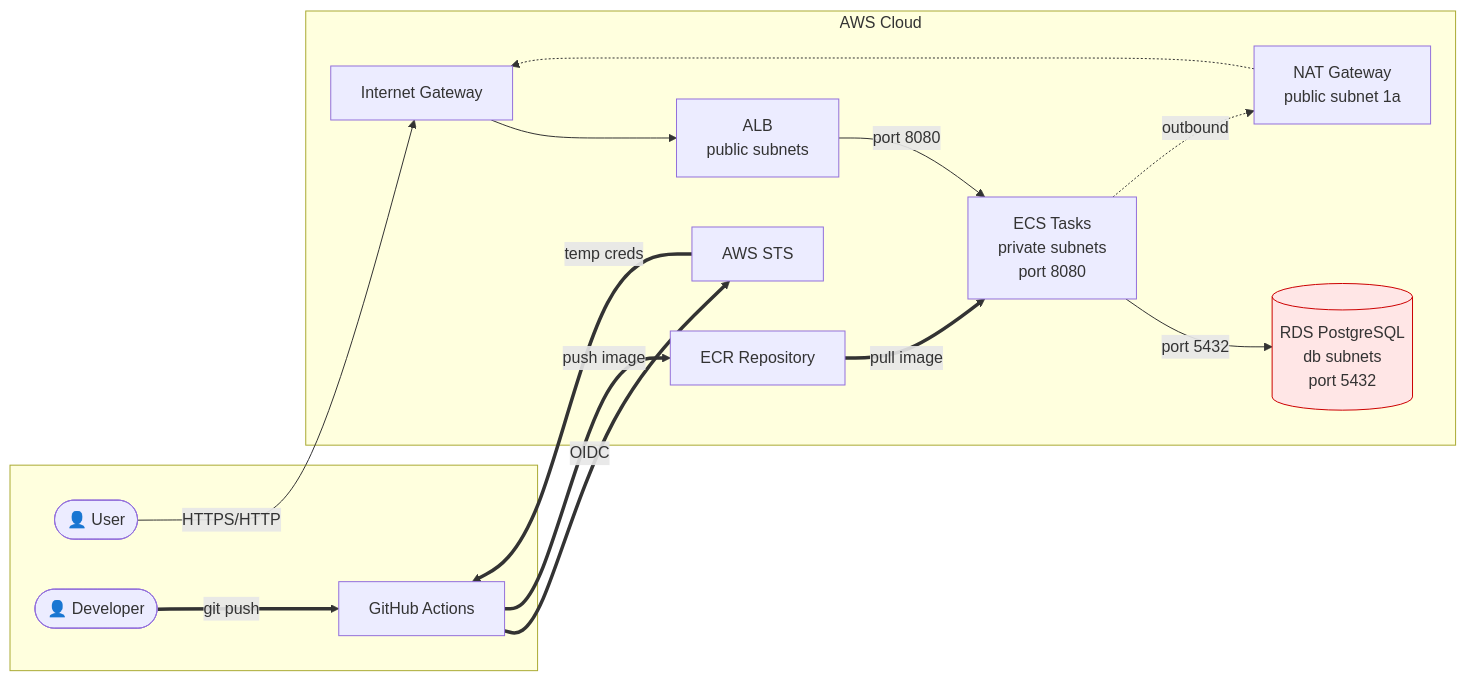
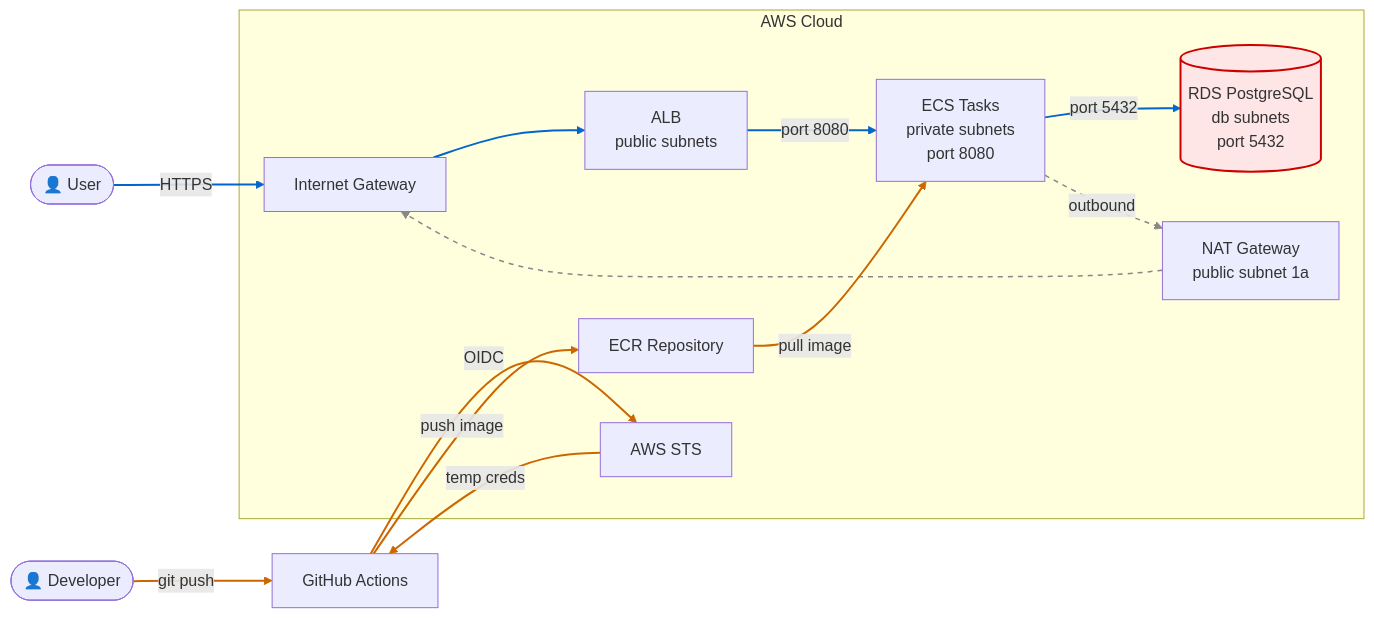
Before and after one commit to Mallaimy/aws-cloudnative-webapp: the diagram in README.md, drawn with Mermaid. The commit also changed other lines of this file, not shown here.

Commit message:
add Mermaid's flowchart LR

````diff
--- a/README.md
+++ b/README.md
@@ -11,41 +12,41 @@
 ```mermaid
 flowchart LR
-    subgraph Internet[" "]
-        User([👤 User])
-        Dev([👤 Developer])
-        GHA[GitHub Actions]
-    end
+    User([👤 User])
+    Dev([👤 Developer])
+    GHA[GitHub Actions]
 
     subgraph AWS["AWS Cloud"]
         IGW[Internet Gateway]
         ALB[ALB<br/>public subnets]
         ECS[ECS Tasks<br/>private subnets<br/>port 8080]
         RDS[(RDS PostgreSQL<br/>db subnets<br/>port 5432)]
         NAT[NAT Gateway<br/>public subnet 1a]
         ECR[ECR Repository]
         STS[AWS STS]
     end
 
-    %% Inbound user traffic
-    User -->|HTTPS/HTTP| IGW
+    %% 0-3: Inbound user traffic (blue)
+    User -->|HTTPS| IGW
     IGW --> ALB
     ALB -->|port 8080| ECS
     ECS -->|port 5432| RDS
 
-    %% Outbound from private
+    %% 4-5: Outbound from private (gray dashed)
     ECS -.->|outbound| NAT
     NAT -.-> IGW
 
-    %% Deployment pipeline (out-of-band)
-    Dev ==>|git push| GHA
-    GHA ==>|OIDC| STS
-    STS ==>|temp creds| GHA
-    GHA ==>|push image| ECR
-    ECR ==>|pull image| ECS
+    %% 6-10: Deployment pipeline (orange)
+    Dev -->|git push| GHA
+    GHA -->|OIDC| STS
+    STS -->|temp creds| GHA
+    GHA -->|push image| ECR
+    ECR -->|pull image| ECS
 
-    classDef userFlow stroke:#0066cc,stroke-width:2px
-    classDef deployFlow stroke:#cc6600,stroke-width:2px
-    classDef isolated fill:#ffe6e6,stroke:#cc0000
+    %% Edge styling by index
+    linkStyle 0,1,2,3 stroke:#0066cc,stroke-width:2px
+    linkStyle 4,5 stroke:#888888,stroke-width:1.5px,stroke-dasharray:5
+    linkStyle 6,7,8,9,10 stroke:#cc6600,stroke-width:2px
 
-    class RDS isolated
+    %% Node styling for the isolated database
+    style RDS fill:#ffe6e6,stroke:#cc0000,stroke-width:2px
 ```
````
